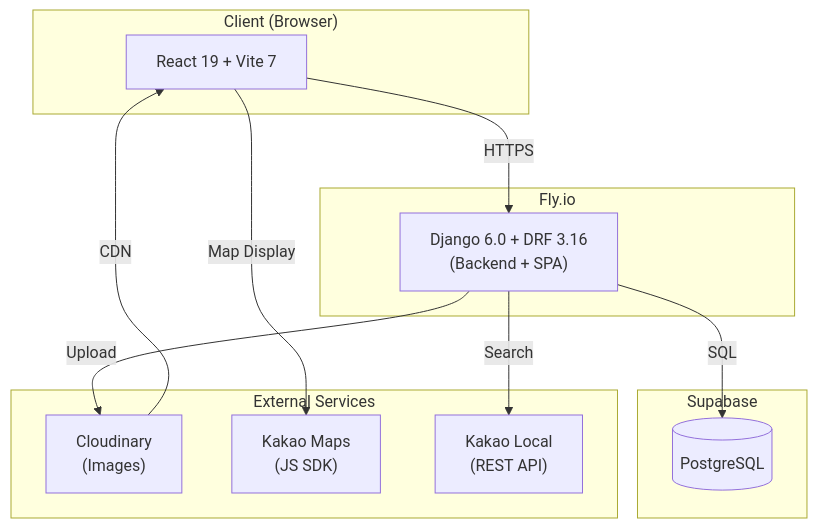
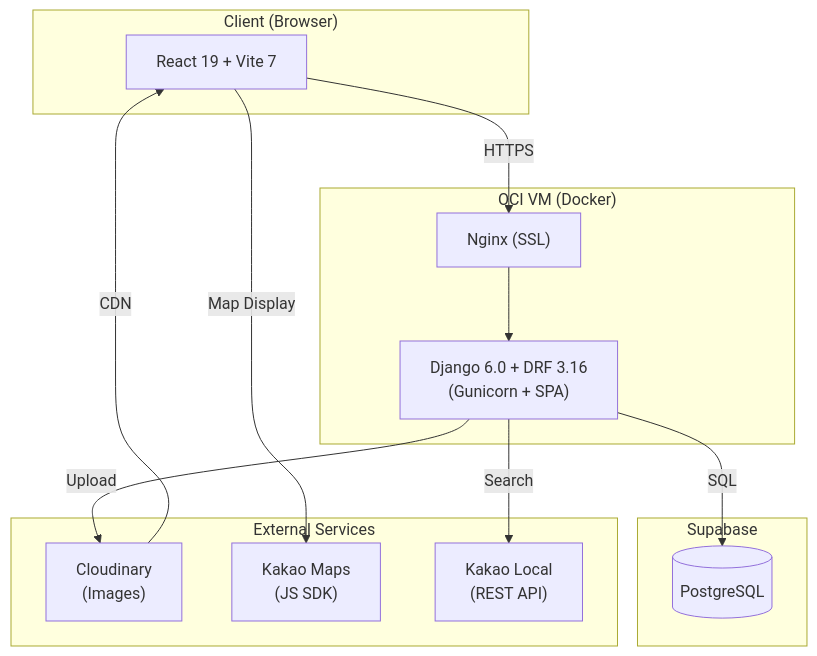
One commit to diego-choi/delicious-bingo changed the diagram in README.md. Above: the diagram before and after it, drawn with Mermaid. The commit also changed other lines of this file and 9 other files, not shown here.

First line of the commit message:
Refactor: Vercel/Fly.io 잔재 파일 삭제 및 문서를 OCI 기준으로 정리

````diff
--- a/README.md
+++ b/README.md
@@ -20,27 +20,29 @@
 ```mermaid
 flowchart TB
     subgraph Client["Client (Browser)"]
         React["React 19 + Vite 7"]
     end
 
-    subgraph FlyIo["Fly.io"]
-        Backend["Django 6.0 + DRF 3.16<br/>(Backend + SPA)"]
+    subgraph OCI["OCI VM (Docker)"]
+        Nginx["Nginx (SSL)"]
+        Backend["Django 6.0 + DRF 3.16<br/>(Gunicorn + SPA)"]
+        Nginx --> Backend
     end
 
     subgraph Supabase["Supabase"]
         DB[(PostgreSQL)]
     end
 
     subgraph External["External Services"]
         Cloudinary["Cloudinary<br/>(Images)"]
         KakaoMap["Kakao Maps<br/>(JS SDK)"]
         KakaoLocal["Kakao Local<br/>(REST API)"]
     end
 
-    React -->|HTTPS| Backend
+    React -->|HTTPS| Nginx
     Backend -->|SQL| DB
     Backend -->|Upload| Cloudinary
     Backend -->|Search| KakaoLocal
     React -->|Map Display| KakaoMap
     Cloudinary -->|CDN| React
 ```
````
